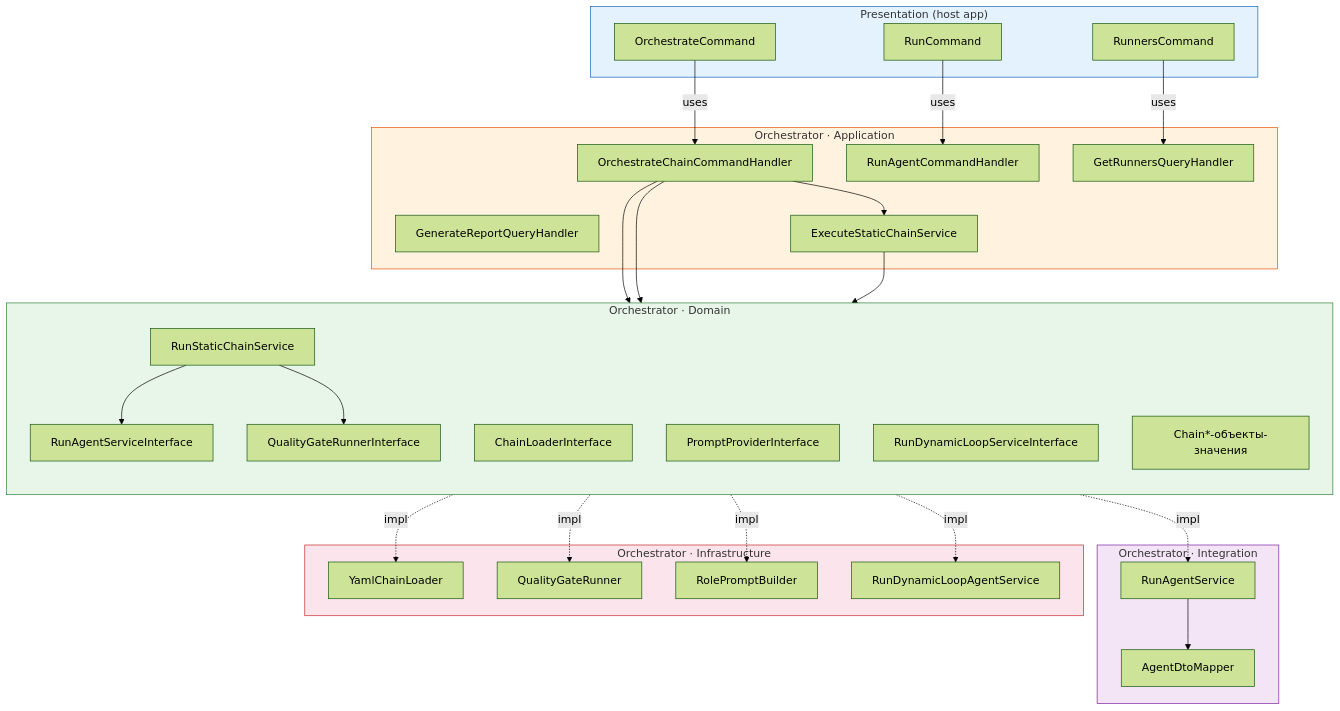
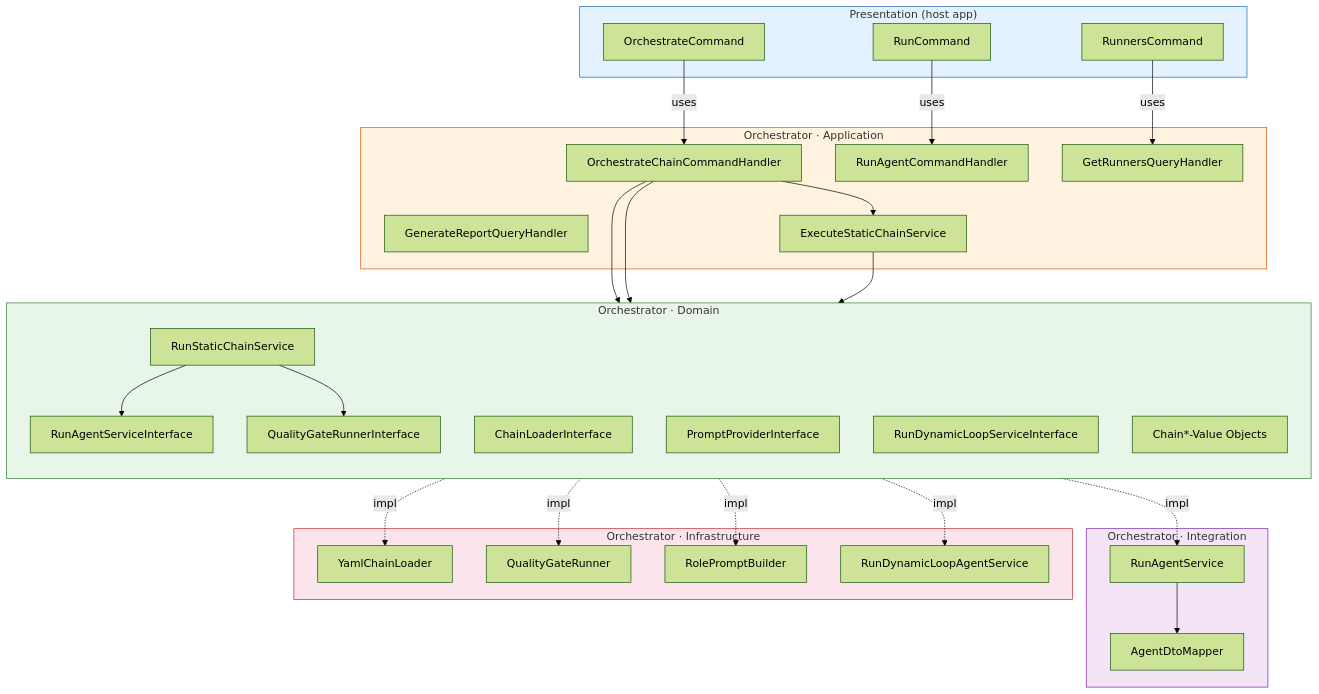
Before and after one commit to prikotov/task-orchestrator: the second of 9 diagrams in docs/guide/diagrams.md, drawn with Mermaid (forest theme). The commit also changed other lines of this file, not shown here.

Commit message:
docs(diagrams): retain Value Objects term

````diff
--- a/docs/guide/diagrams.md
+++ b/docs/guide/diagrams.md
@@ -110,61 +110,61 @@
 ```mermaid
 graph TB
     subgraph Presentation["Presentation (host app)"]
         OC["OrchestrateCommand"]
         RC["RunCommand"]
         RNC["RunnersCommand"]
     end
 
     subgraph Application["Orchestrator · Application"]
         CH["OrchestrateChainCommandHandler"]
         SCH["RunAgentCommandHandler"]
         GRH["GetRunnersQueryHandler"]
         RP["GenerateReportQueryHandler"]
         ESC["ExecuteStaticChainService"]
     end
 
     subgraph Domain["Orchestrator · Domain"]
         direction TB
         RASI["RunAgentServiceInterface"]
         CL["ChainLoaderInterface"]
         PP["PromptProviderInterface"]
         QGI["QualityGateRunnerInterface"]
         RSC["RunStaticChainService"]
         RDLI["RunDynamicLoopServiceInterface"]
-        VO["Chain*-объекты-значения"]
+        VO["Chain*-Value Objects"]
     end
 
     subgraph Integration["Orchestrator · Integration"]
         RAS["RunAgentService"]
         ADM["AgentDtoMapper"]
     end
 
     subgraph Infrastructure["Orchestrator · Infrastructure"]
         YCL["YamlChainLoader"]
         QG["QualityGateRunner"]
         RPB["RolePromptBuilder"]
         RDLS["RunDynamicLoopAgentService"]
     end
 
     OC -->|uses| CH
     RC -->|uses| SCH
     RNC -->|uses| GRH
     CH --> ESC
     CH --> CL
     CH --> RDLI
     ESC --> RSC
     RSC --> RASI
     RSC --> QGI
     RASI -.->|impl| RAS
     RAS --> ADM
     CL -.->|impl| YCL
     PP -.->|impl| RPB
     QGI -.->|impl| QG
     RDLI -.->|impl| RDLS
 
     style Presentation fill:#e3f2fd,stroke:#1565c0
     style Application fill:#fff3e0,stroke:#e65100
     style Domain fill:#e8f5e9,stroke:#2e7d32
     style Integration fill:#f3e5f5,stroke:#7b1fa2
     style Infrastructure fill:#fce4ec,stroke:#c62828
 ```
````
